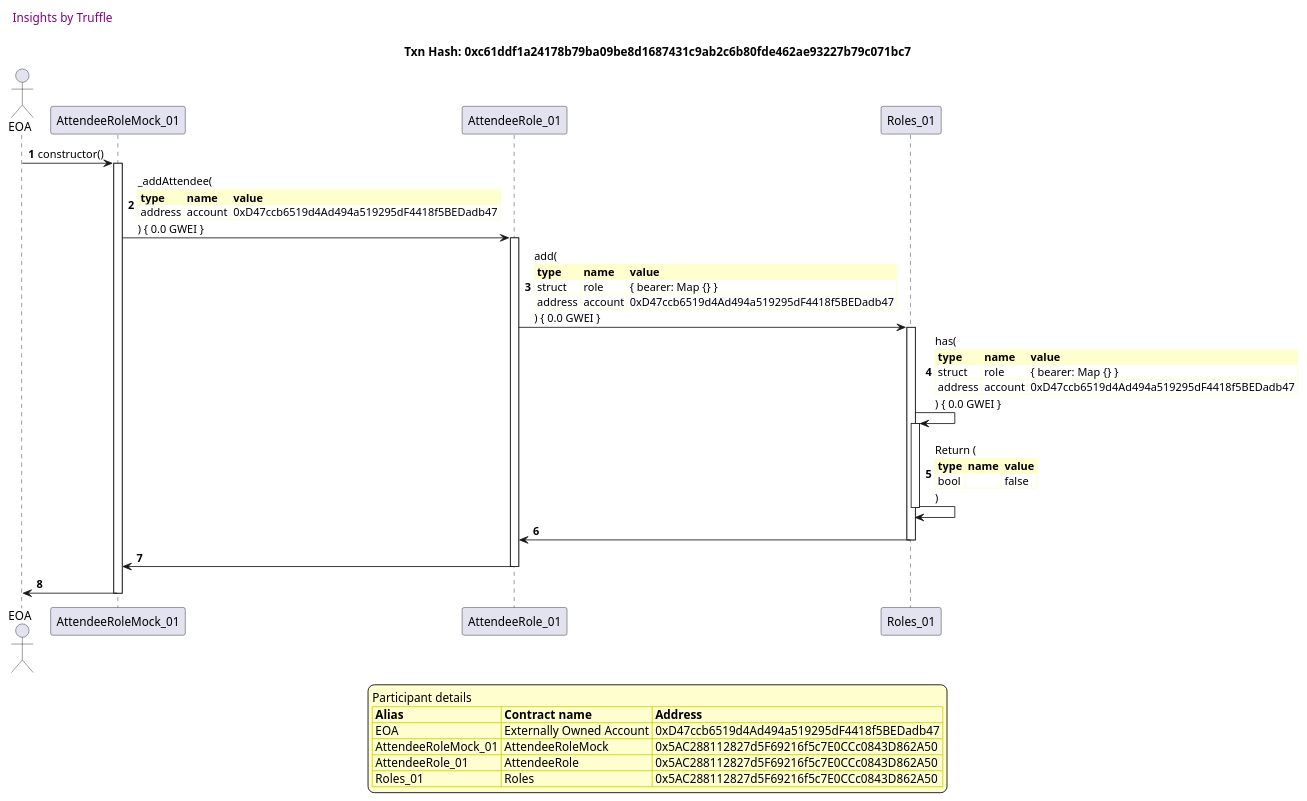
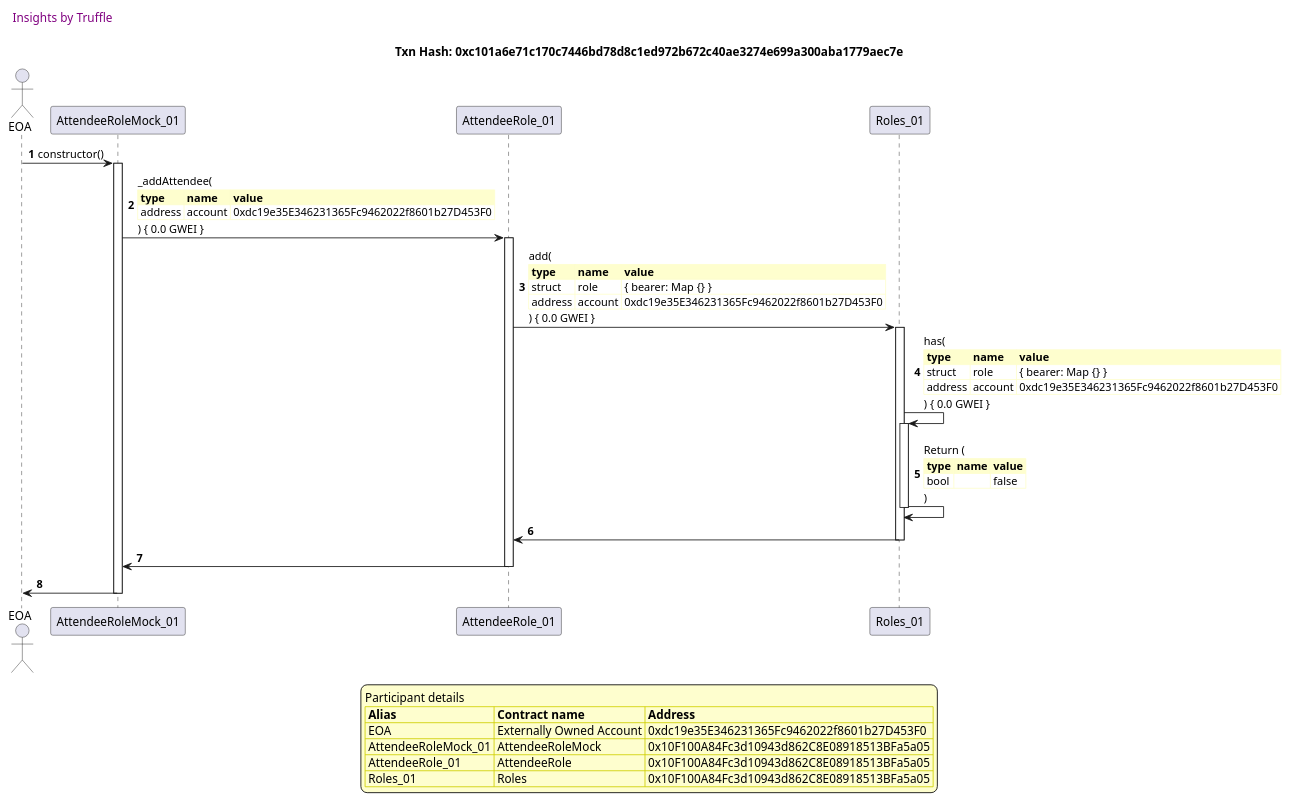
Before and after one commit to fodisi/hackapay: the ninth of 41 diagrams in truffle-seq/roles_attendeerole.md, drawn with PlantUML. The commit also changed other lines of this file and 10 other files, not shown here.

````diff
--- a/truffle-seq/roles_attendeerole.md
+++ b/truffle-seq/roles_attendeerole.md
@@ -649,61 +649,61 @@
 ```plantuml
 
 
 @startuml
 
 autonumber
 skinparam legendBackgroundColor #FEFECE
 
 <style>
       header {
         HorizontalAlignment left
         FontColor purple
         FontSize 14
         Padding 10
       }
     </style>
 
 header Insights by Truffle
 
-title Txn Hash: 0xc61ddf1a24178b79ba09be8d1687431c9ab2c6b80fde462ae93227b79c071bc7
+title Txn Hash: 0xc101a6e71c170c7446bd78d8c1ed972b672c40ae3274e699a300aba1779aec7e
 
 
 actor EOA as "EOA"
 participant AttendeeRoleMock_01 as "AttendeeRoleMock_01"
 participant AttendeeRole_01 as "AttendeeRole_01"
 participant Roles_01 as "Roles_01"
 
 "EOA" -> "AttendeeRoleMock_01" ++: constructor()
 "AttendeeRoleMock_01" -> "AttendeeRole_01" ++: _addAttendee(\n\
 <#FEFECE,#FEFECE>|= type |= name |= value |\n\
-| address | account | 0xD47ccb6519d4Ad494a519295dF4418f5BEDadb47 |\n\
+| address | account | 0xdc19e35E346231365Fc9462022f8601b27D453F0 |\n\
 ) { 0.0 GWEI }
 "AttendeeRole_01" -> "Roles_01" ++: add(\n\
 <#FEFECE,#FEFECE>|= type |= name |= value |\n\
 | struct | role | { bearer: Map {} } |\n\
-| address | account | 0xD47ccb6519d4Ad494a519295dF4418f5BEDadb47 |\n\
+| address | account | 0xdc19e35E346231365Fc9462022f8601b27D453F0 |\n\
 ) { 0.0 GWEI }
 "Roles_01" -> "Roles_01" ++: has(\n\
 <#FEFECE,#FEFECE>|= type |= name |= value |\n\
 | struct | role | { bearer: Map {} } |\n\
-| address | account | 0xD47ccb6519d4Ad494a519295dF4418f5BEDadb47 |\n\
+| address | account | 0xdc19e35E346231365Fc9462022f8601b27D453F0 |\n\
 ) { 0.0 GWEI }
 "Roles_01" -> "Roles_01" --: Return (\n\
 <#FEFECE,#FEFECE>|= type |= name |= value |\n\
 | bool |  | false |\n\
 )
 "Roles_01" -> "AttendeeRole_01" --: 
 "AttendeeRole_01" -> "AttendeeRoleMock_01" --: 
 "AttendeeRoleMock_01" -> "EOA" --: 
 
 legend
 Participant details
 <#FEFECE,#D0D000>|= Alias |= Contract name |= Address |
-<#FEFECE>| EOA | Externally Owned Account | 0xD47ccb6519d4Ad494a519295dF4418f5BEDadb47 |
-<#FEFECE>| AttendeeRoleMock_01 | AttendeeRoleMock | 0x5AC288112827d5F69216f5c7E0CCc0843D862A50 |
-<#FEFECE>| AttendeeRole_01 | AttendeeRole | 0x5AC288112827d5F69216f5c7E0CCc0843D862A50 |
-<#FEFECE>| Roles_01 | Roles | 0x5AC288112827d5F69216f5c7E0CCc0843D862A50 |
+<#FEFECE>| EOA | Externally Owned Account | 0xdc19e35E346231365Fc9462022f8601b27D453F0 |
+<#FEFECE>| AttendeeRoleMock_01 | AttendeeRoleMock | 0x10F100A84Fc3d10943d862C8E08918513BFa5a05 |
+<#FEFECE>| AttendeeRole_01 | AttendeeRole | 0x10F100A84Fc3d10943d862C8E08918513BFa5a05 |
+<#FEFECE>| Roles_01 | Roles | 0x10F100A84Fc3d10943d862C8E08918513BFa5a05 |
 endlegend
 
 @enduml
 ```
````
